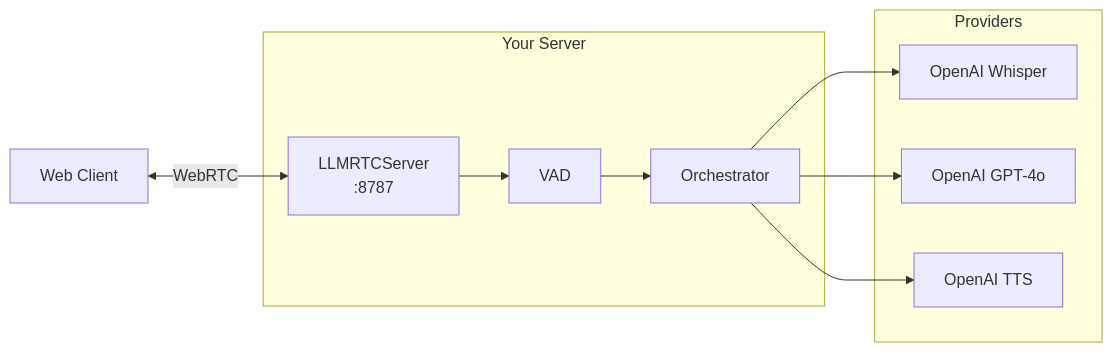
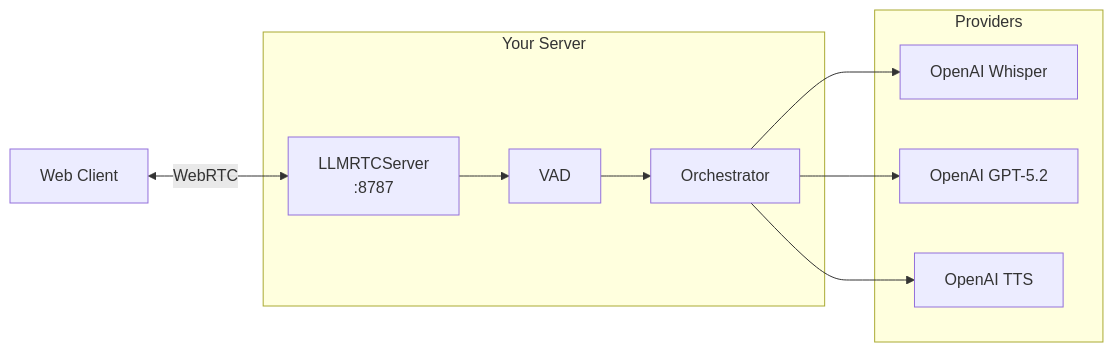
One commit to llmrtc/llmrtc changed the first of 2 diagrams in docs/docs/getting-started/backend-quickstart.md. Above: the diagram before and after it, drawn with Mermaid. The commit also changed other lines of this file and 14 other files, not shown here.

````diff
--- a/docs/docs/getting-started/backend-quickstart.md
+++ b/docs/docs/getting-started/backend-quickstart.md
@@ -11,21 +11,21 @@
 ```mermaid
 flowchart LR
     subgraph "Your Server"
         SERVER[LLMRTCServer<br/>:8787]
         VAD[VAD]
         ORCH[Orchestrator]
     end
 
     subgraph "Providers"
         STT[OpenAI Whisper]
-        LLM[OpenAI GPT-4o]
+        LLM[OpenAI GPT-5.2]
         TTS[OpenAI TTS]
     end
 
     CLIENT[Web Client] <-->|WebRTC| SERVER
     SERVER --> VAD
     VAD --> ORCH
     ORCH --> STT
     ORCH --> LLM
     ORCH --> TTS
 ```
````
